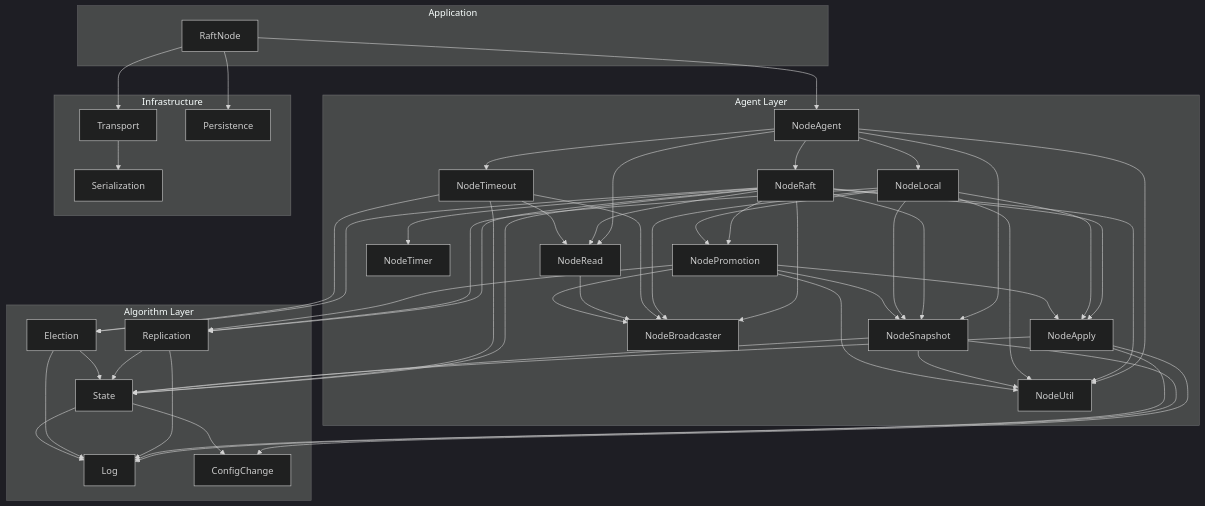
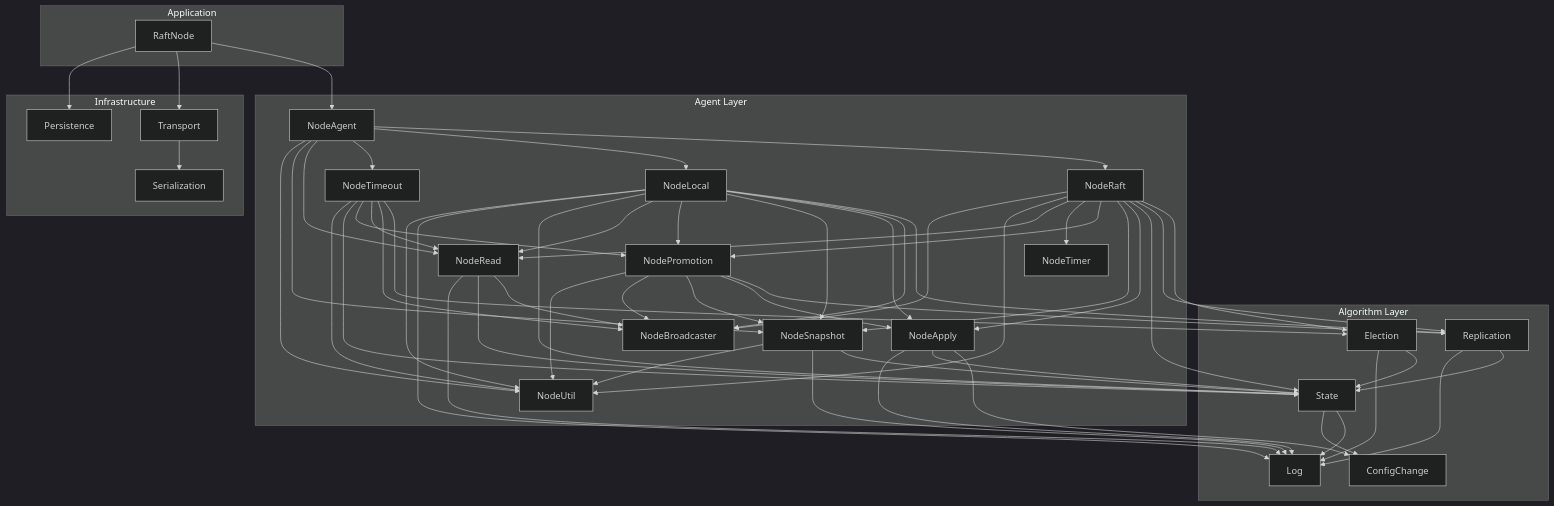
One commit to nwtks/raft changed the second of 2 diagrams in docs/architecture.md. Above: the diagram before and after it, drawn with Mermaid (dark theme). The commit also changed other lines of this file and 22 other files, not shown here.

```diff
--- a/docs/architecture.md
+++ b/docs/architecture.md
@@ -311,14 +315,21 @@
     NodeLocal --> NodeApply
     NodeLocal --> NodeSnapshot
     NodeLocal --> NodePromotion
+    NodeLocal --> NodeRead
+    NodeLocal --> State
+    NodeLocal --> Log
     NodeLocal --> NodeUtil
 
     NodeTimeout --> Election
     NodeTimeout --> NodeBroadcaster
     NodeTimeout --> NodeRead
+    NodeTimeout --> NodePromotion
     NodeTimeout --> State
+    NodeTimeout --> NodeUtil
 
     NodeRead --> NodeBroadcaster
+    NodeRead --> State
+    NodeRead --> Log
 
     NodeSnapshot --> State
     NodeSnapshot --> Log
```
